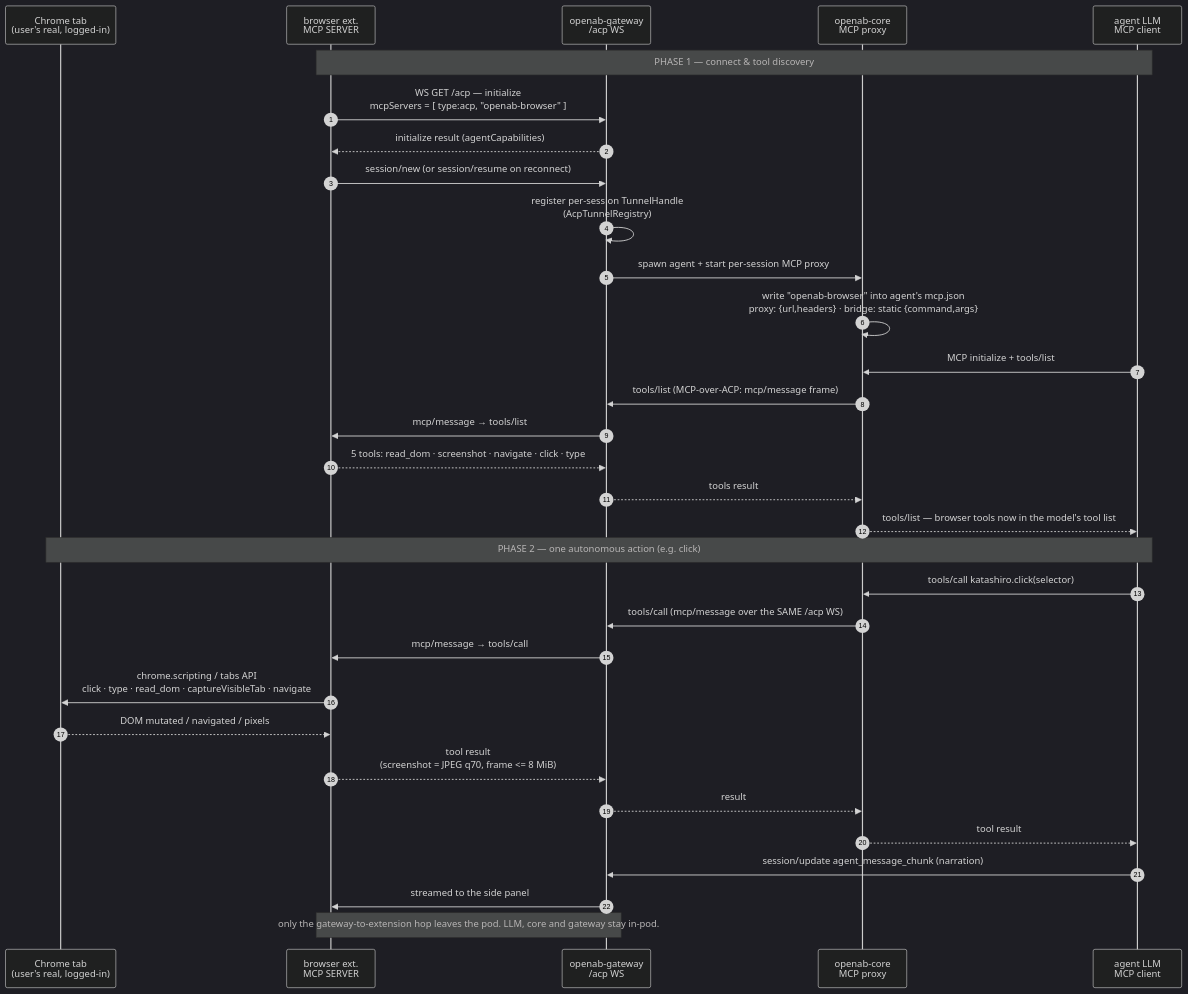
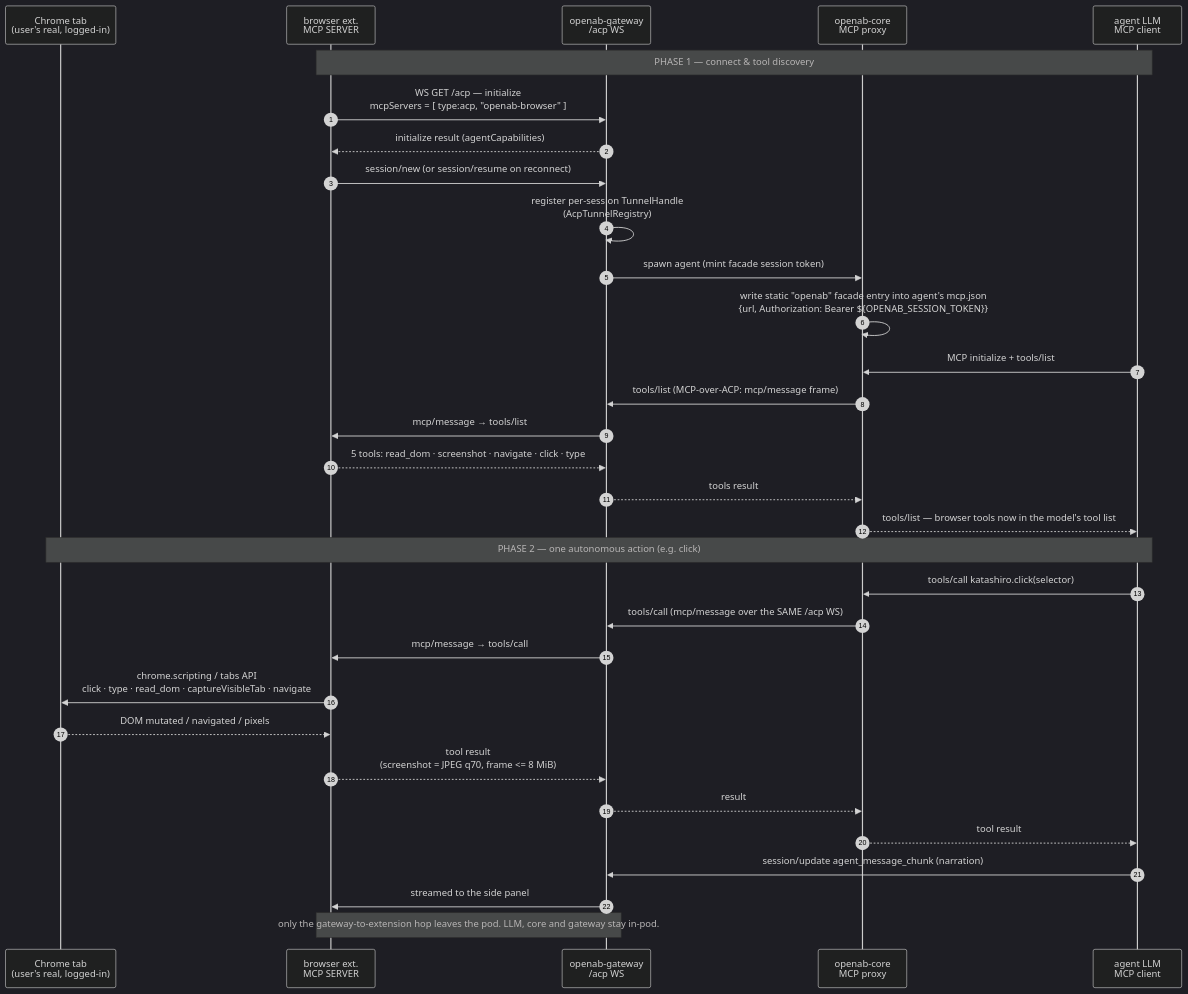
Before and after one commit to openabdev/openab: the second of 2 diagrams in docs/adr/acp-server-websocket-reverse-mcp.md, drawn with Mermaid (dark theme). The commit also changed other lines of this file, not shown here.

````diff
--- a/docs/adr/acp-server-websocket-reverse-mcp.md
+++ b/docs/adr/acp-server-websocket-reverse-mcp.md
@@ -91,37 +91,37 @@
 ```mermaid
 sequenceDiagram
     autonumber
     participant Tab as Chrome tab<br/>(user's real, logged-in)
     participant Ext as browser ext.<br/>MCP SERVER
     participant GW as openab-gateway<br/>/acp WS
     participant Core as openab-core<br/>MCP proxy
     participant LLM as agent LLM<br/>MCP client
 
     Note over Ext,LLM: PHASE 1 — connect & tool discovery
     Ext->>GW: WS GET /acp — initialize<br/>mcpServers = [ type:acp, "openab-browser" ]
     GW-->>Ext: initialize result (agentCapabilities)
     Ext->>GW: session/new  (or session/resume on reconnect)
     GW->>GW: register per-session TunnelHandle<br/>(AcpTunnelRegistry)
-    GW->>Core: spawn agent + start per-session MCP proxy
-    Core->>Core: write "openab-browser" into agent's mcp.json<br/>proxy: {url,headers} · bridge: static {command,args}
+    GW->>Core: spawn agent (mint facade session token)
+    Core->>Core: write static "openab" facade entry into agent's mcp.json<br/>{url, Authorization: Bearer ${OPENAB_SESSION_TOKEN}}
     LLM->>Core: MCP initialize + tools/list
     Core->>GW: tools/list  (MCP-over-ACP: mcp/message frame)
     GW->>Ext: mcp/message → tools/list
     Ext-->>GW: 5 tools: read_dom · screenshot · navigate · click · type
     GW-->>Core: tools result
     Core-->>LLM: tools/list — browser tools now in the model's tool list
 
     Note over Tab,LLM: PHASE 2 — one autonomous action (e.g. click)
     LLM->>Core: tools/call katashiro.click(selector)
     Core->>GW: tools/call  (mcp/message over the SAME /acp WS)
     GW->>Ext: mcp/message → tools/call
     Ext->>Tab: chrome.scripting / tabs API<br/>click · type · read_dom · captureVisibleTab · navigate
     Tab-->>Ext: DOM mutated / navigated / pixels
     Ext-->>GW: tool result<br/>(screenshot = JPEG q70, frame <= 8 MiB)
     GW-->>Core: result
     Core-->>LLM: tool result
     LLM->>GW: session/update agent_message_chunk (narration)
     GW->>Ext: streamed to the side panel
 
     Note over GW,Ext: only the gateway-to-extension hop leaves the pod. LLM, core and gateway stay in-pod.
 ```
````
